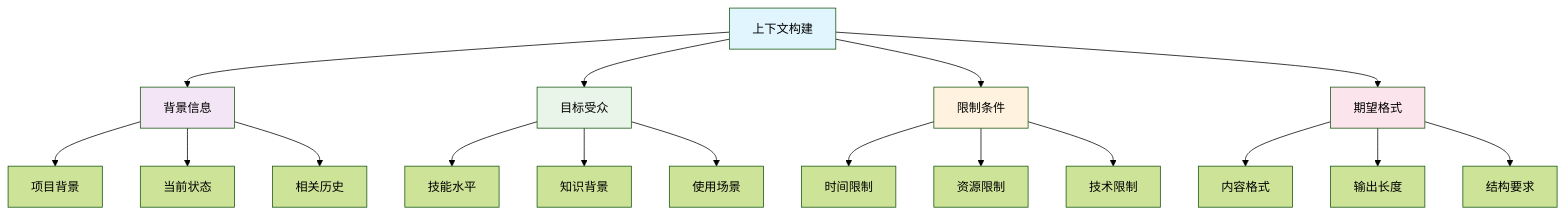
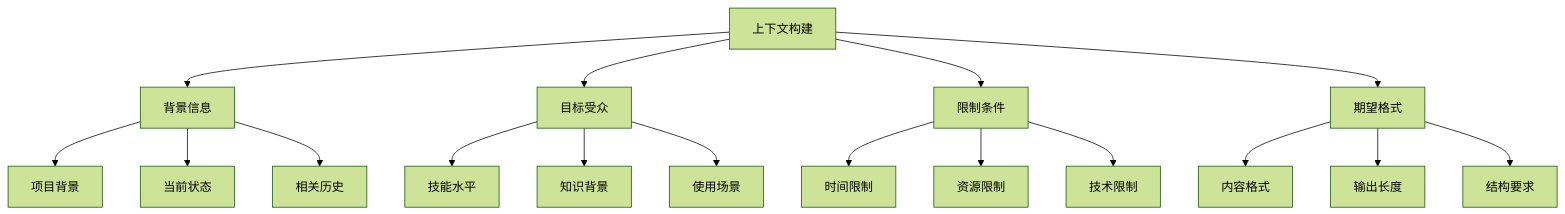
Before and after one commit to ChanMeng666/ai-programming-teaching-project: the fourth of 7 diagrams in versioned_docs/version-2024-winter/basics/prompt-engineering.mdx, drawn with Mermaid (forest theme). The commit also changed other lines of this file and 94 other files, not shown here.

First line of the commit message:
refactor(docs): unify MDX style and add Mermaid dual-view component

````diff
--- a/versioned_docs/version-2024-winter/basics/prompt-engineering.mdx
+++ b/versioned_docs/version-2024-winter/basics/prompt-engineering.mdx
@@ -673,29 +158,23 @@
 ```mermaid
 graph TB
     A[上下文构建] --> B[背景信息]
     A --> C[目标受众]
     A --> D[限制条件]
     A --> E[期望格式]
     
     B --> B1[项目背景]
     B --> B2[当前状态]
     B --> B3[相关历史]
     
     C --> C1[技能水平]
     C --> C2[知识背景]
     C --> C3[使用场景]
     
     D --> D1[时间限制]
     D --> D2[资源限制]
     D --> D3[技术限制]
     
     E --> E1[内容格式]
     E --> E2[输出长度]
     E --> E3[结构要求]
-    
-    style A fill:#e1f5fe
-    style B fill:#f3e5f5
-    style C fill:#e8f5e8
-    style D fill:#fff3e0
-    style E fill:#fce4ec
 ```
````
